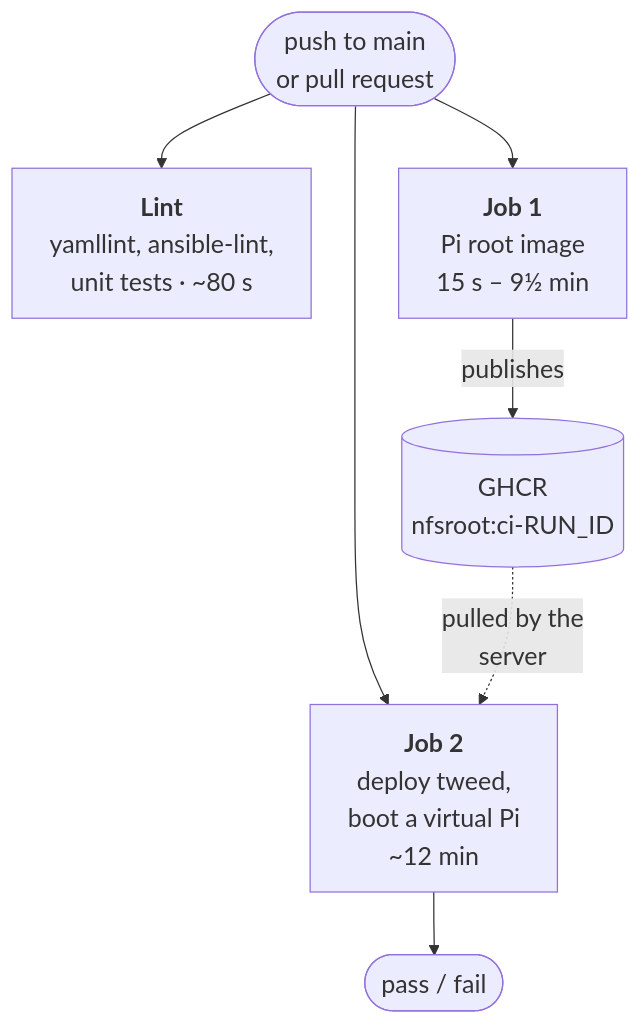
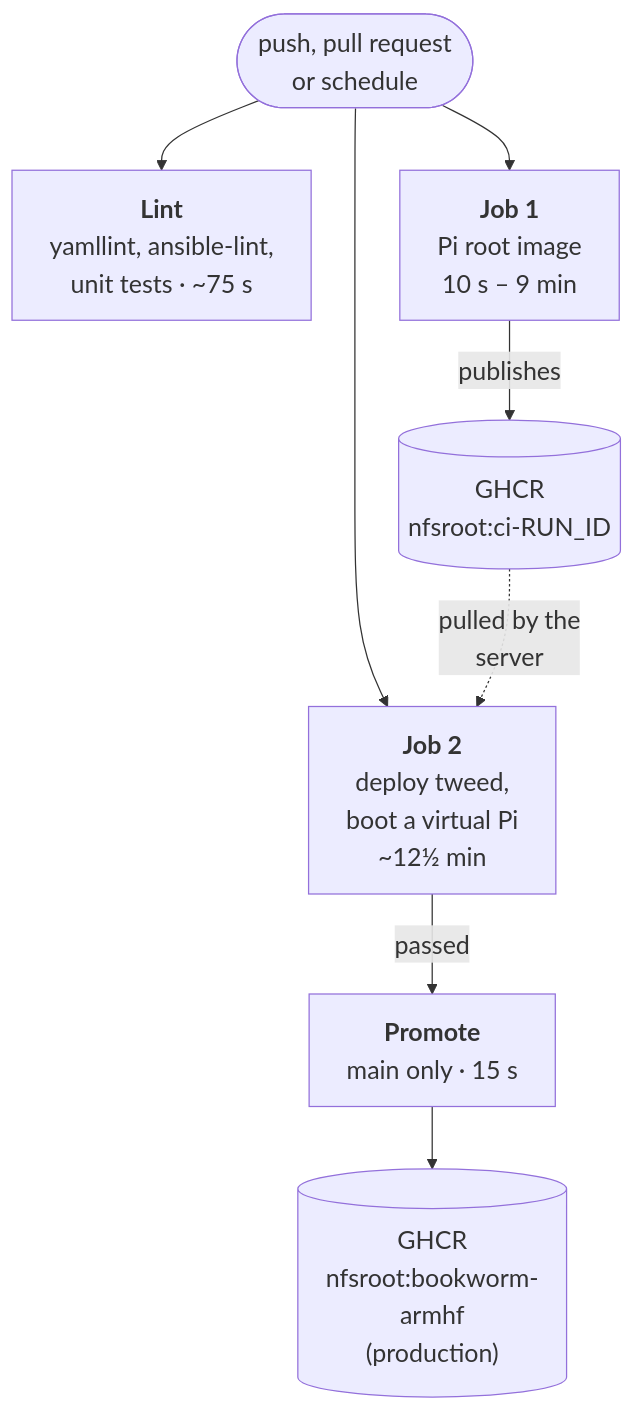
One commit to fpgas-online/fpgas.online-infra changed the first of 3 diagrams in docs/ci.md. Above: the diagram before and after it, drawn with Mermaid. The commit also changed other lines of this file, not shown here.

````diff
--- a/docs/ci.md
+++ b/docs/ci.md
@@ -58,16 +66,18 @@
 ```mermaid
 %%{init: {"themeVariables": {"fontSize": "20px"}}}%%
 flowchart TB
-    trigger(["push to main<br/>or pull request"])
-    lint["<b>Lint</b><br/>yamllint, ansible-lint,<br/>unit tests · ~80 s"]
-    job1["<b>Job 1</b><br/>Pi root image<br/>15 s – 9½ min"]
-    job2["<b>Job 2</b><br/>deploy tweed,<br/>boot a virtual Pi<br/>~12 min"]
+    trigger(["push, pull request<br/>or schedule"])
+    lint["<b>Lint</b><br/>yamllint, ansible-lint,<br/>unit tests · ~75 s"]
+    job1["<b>Job 1</b><br/>Pi root image<br/>10 s – 9 min"]
+    job2["<b>Job 2</b><br/>deploy tweed,<br/>boot a virtual Pi<br/>~12½ min"]
     ghcr[("GHCR<br/>nfsroot:ci-RUN_ID")]
-    result(["pass / fail"])
+    promote["<b>Promote</b><br/>main only · 15 s"]
+    prod[("GHCR<br/>nfsroot:bookworm-armhf<br/>(production)")]
     trigger --> lint
     trigger --> job1
     trigger --> job2
     job1 -- publishes --> ghcr
     ghcr -. "pulled by the<br/>server" .-> job2
-    job2 --> result
+    job2 -- "passed" --> promote
+    promote --> prod
 ```
````
